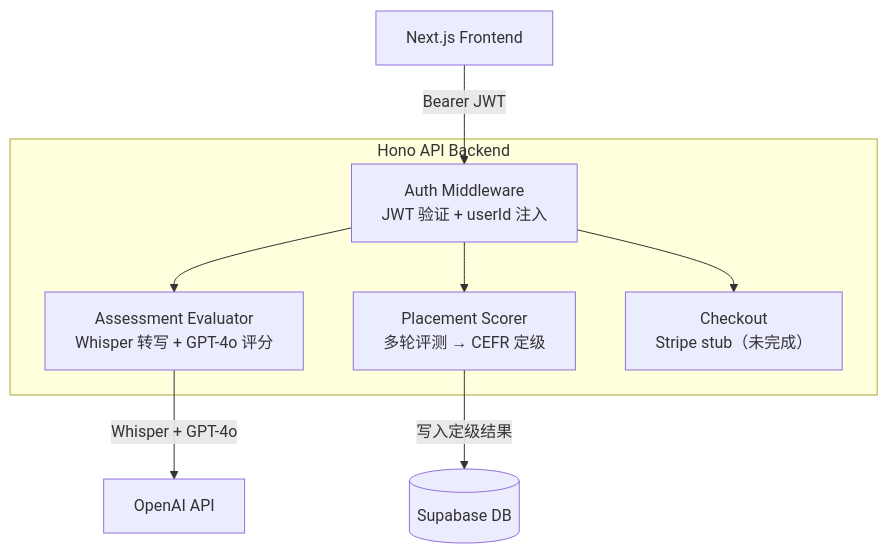
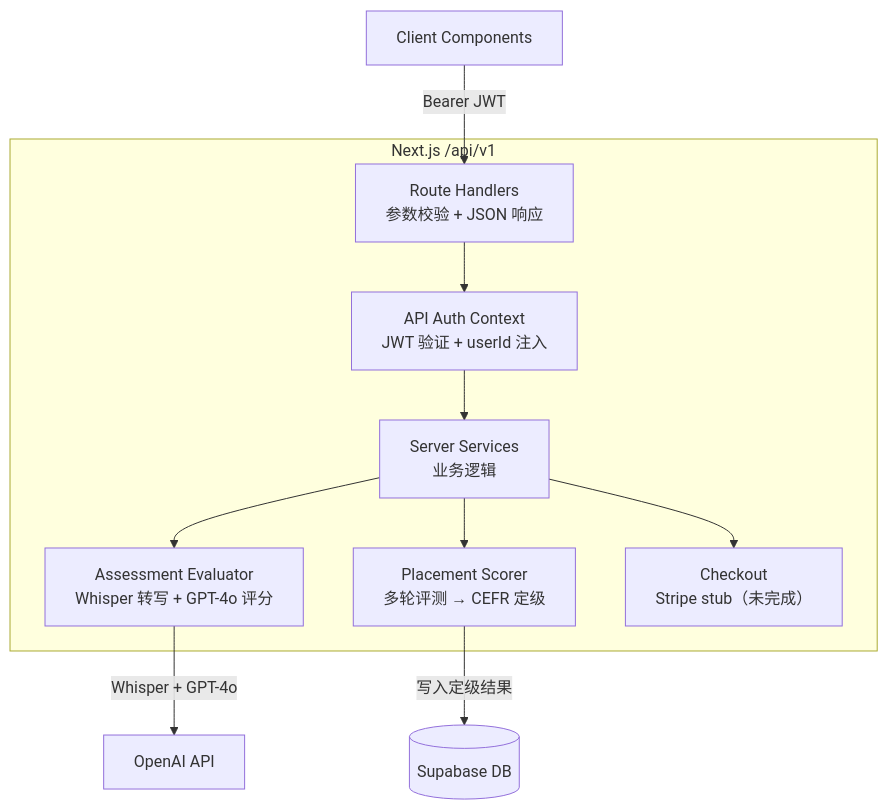
The fourth of 7 diagrams in README.md (opc-x/talkflow), drawn with Mermaid before and after one commit. The commit also changed other lines of this file and 38 other files, not shown here.

First line of the commit message:
refactor: restructure backend services and routes

````diff
--- a/README.md
+++ b/README.md
@@ -134,18 +136,22 @@
 ```mermaid
 graph TB
-    subgraph BE["Hono API Backend"]
-        AM["Auth Middleware\nJWT 验证 + userId 注入"]
+    subgraph API["Next.js /api/v1"]
+        RH["Route Handlers\n参数校验 + JSON 响应"]
+        AM["API Auth Context\nJWT 验证 + userId 注入"]
+        SS["Server Services\n业务逻辑"]
         AE["Assessment Evaluator\nWhisper 转写 + GPT-4o 评分"]
         AP["Placement Scorer\n多轮评测 → CEFR 定级"]
         CK["Checkout\nStripe stub（未完成）"]
     end
 
-    FE["Next.js Frontend"]
+    FE["Client Components"]
     OAI["OpenAI API"]
     SB[("Supabase DB")]
 
-    FE -->|Bearer JWT| AM
-    AM --> AE & AP & CK
+    FE -->|Bearer JWT| RH
+    RH --> AM
+    AM --> SS
+    SS --> AE & AP & CK
     AE -->|Whisper + GPT-4o| OAI
     AP -->|写入定级结果| SB
 ```
````
